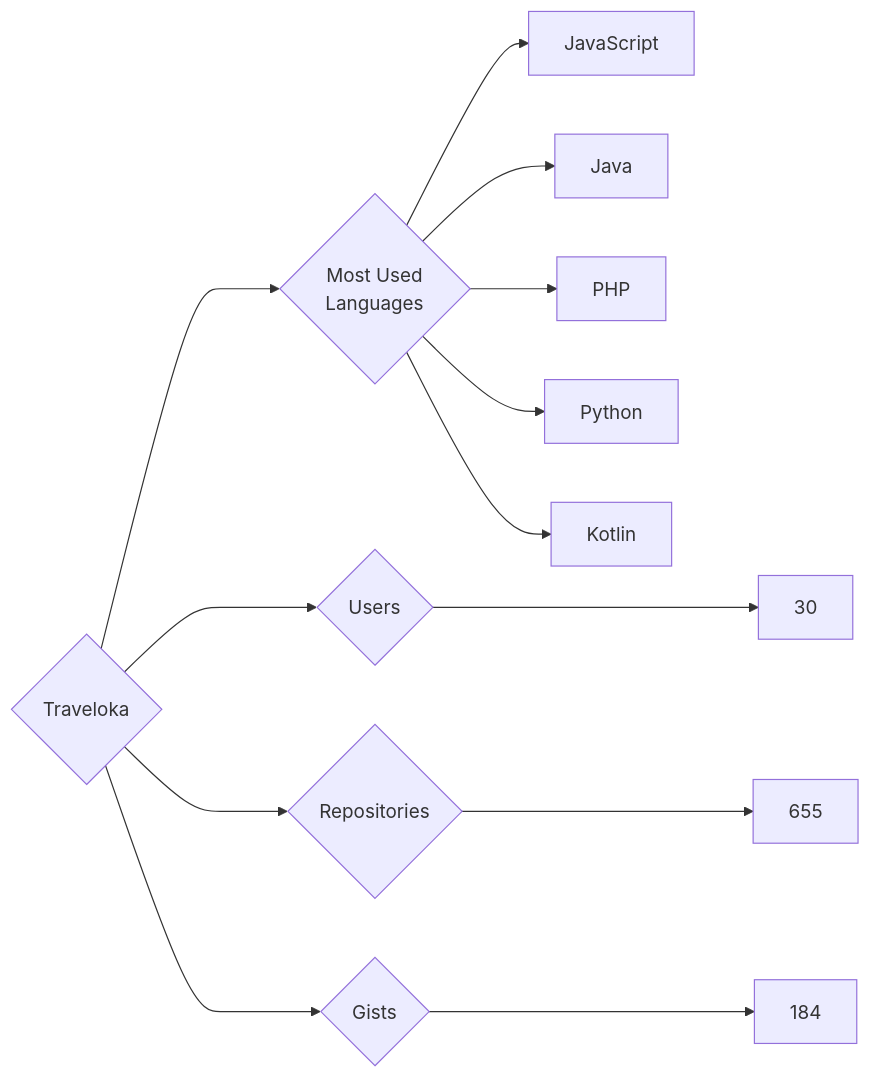
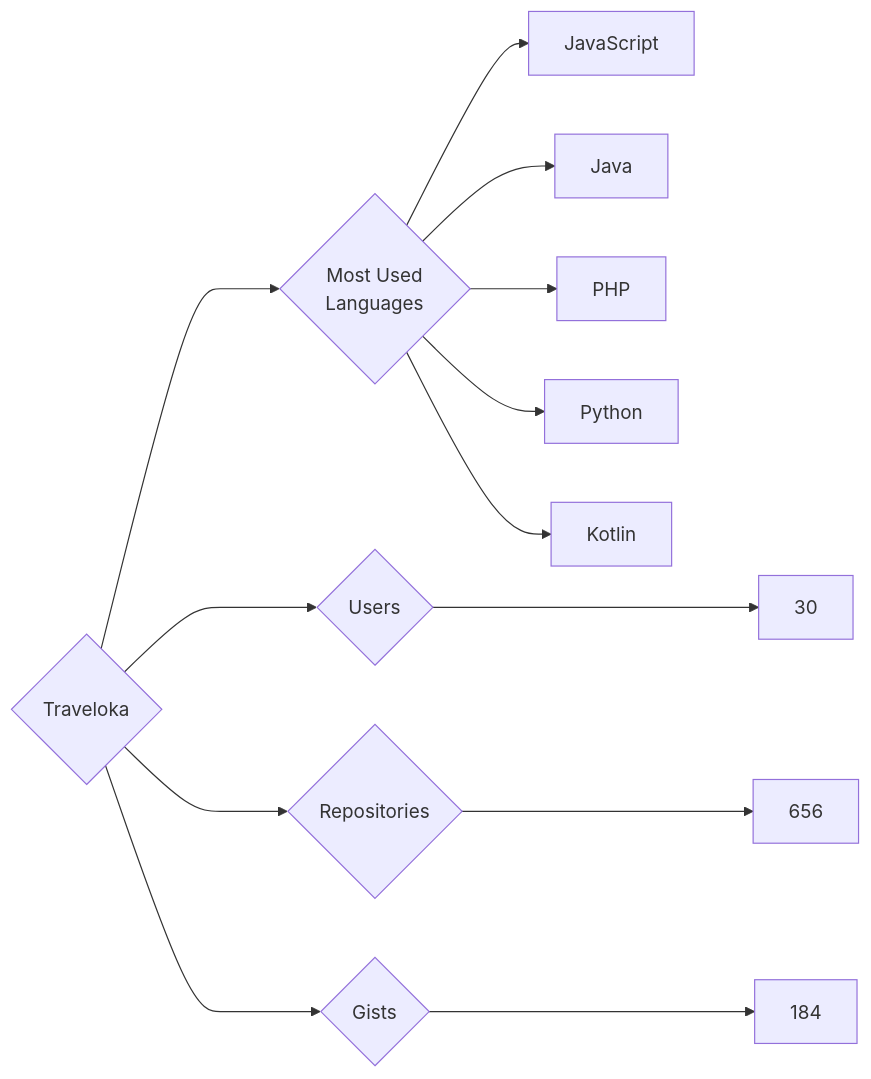
Before and after one commit to trickest/insiders: the diagram in targets/Traveloka/README.md, drawn with Mermaid. The commit also changed 677 other files, not shown here.

````diff
--- a/targets/Traveloka/README.md
+++ b/targets/Traveloka/README.md
@@ -3,13 +3,13 @@
 ```mermaid
 graph LR
 COMPANY_NAME{Traveloka}
 COMPANY_NAME ---> U{Users} ---> UN[30]
-COMPANY_NAME ---> R{Repositories} ---> RN[655]
+COMPANY_NAME ---> R{Repositories} ---> RN[656]
 COMPANY_NAME ---> G{Gists} ---> GN[184]
 COMPANY_NAME ---> ML{Most Used<br>Languages}
 ML --> JavaScript[JavaScript]
 ML --> Java[Java]
 ML --> PHP[PHP]
 ML --> Python[Python]
 ML --> Kotlin[Kotlin]
 ```
````
